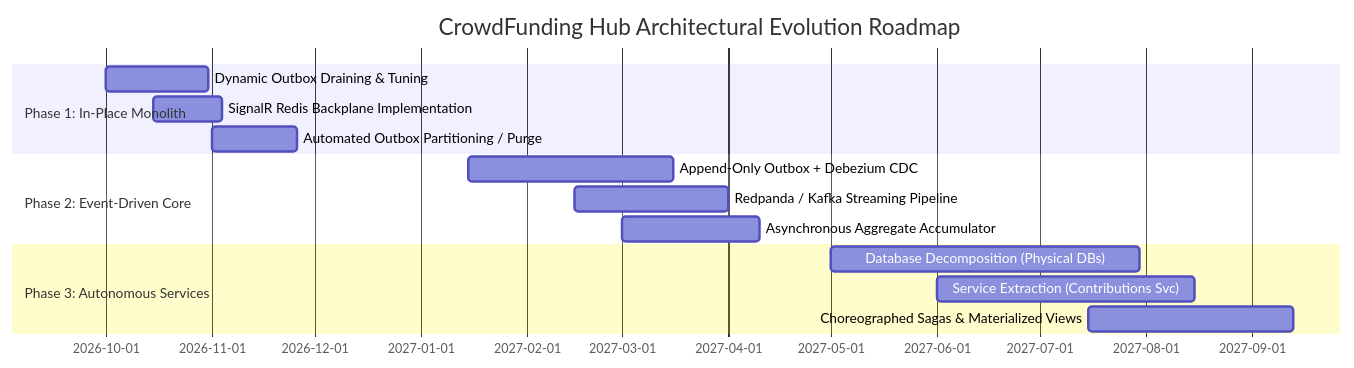
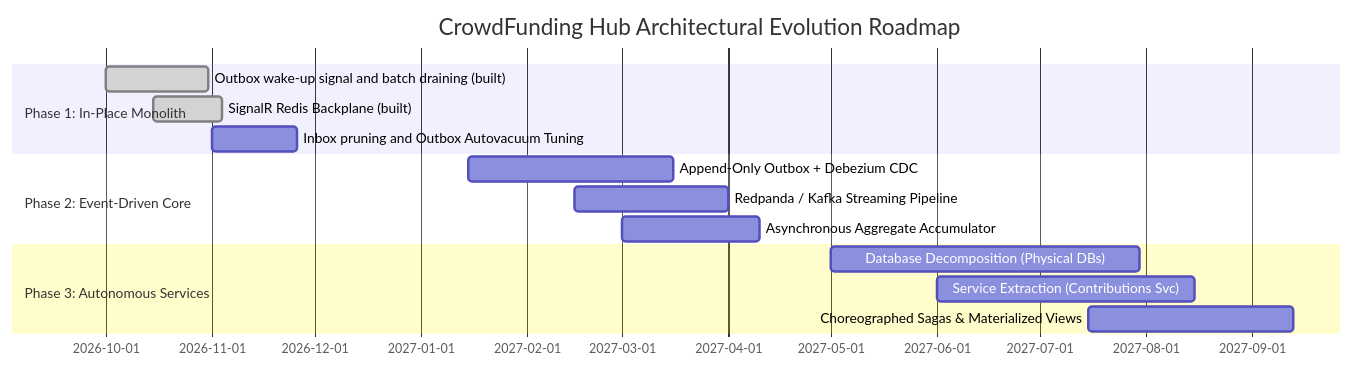
Diagram 11 of 14 in docs/TRADE_OFFS_AND_LIMITATIONS.md (maysamgamini/crowdfundinghub), drawn with Mermaid before and after one commit. The commit also changed other lines of this file and 31 other files, not shown here.

````diff
--- a/docs/TRADE_OFFS_AND_LIMITATIONS.md
+++ b/docs/TRADE_OFFS_AND_LIMITATIONS.md
@@ -598,17 +605,17 @@
 ```mermaid
 gantt
     title CrowdFunding Hub Architectural Evolution Roadmap
     dateFormat  YYYY-MM-DD
     section Phase 1: In-Place Monolith
-    Dynamic Outbox Draining & Tuning       :p1_1, 2026-10-01, 30d
-    SignalR Redis Backplane Implementation :p1_2, 2026-10-15, 20d
-    Automated Outbox Partitioning / Purge   :p1_3, 2026-11-01, 25d
+    Outbox wake-up signal and batch draining (built) :done, p1_1, 2026-10-01, 30d
+    SignalR Redis Backplane (built)        :done, p1_2, 2026-10-15, 20d
+    Inbox pruning and Outbox Autovacuum Tuning :p1_3, 2026-11-01, 25d
     section Phase 2: Event-Driven Core
     Append-Only Outbox + Debezium CDC     :p2_1, 2027-01-15, 60d
     Redpanda / Kafka Streaming Pipeline    :p2_2, 2027-02-15, 45d
     Asynchronous Aggregate Accumulator     :p2_3, 2027-03-01, 40d
     section Phase 3: Autonomous Services
     Database Decomposition (Physical DBs)  :p3_1, 2027-05-01, 90d
     Service Extraction (Contributions Svc) :p3_2, 2027-06-01, 75d
     Choreographed Sagas & Materialized Views:p3_3, 2027-07-15, 60d
 ```
````
